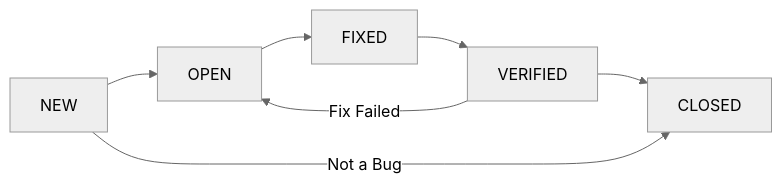
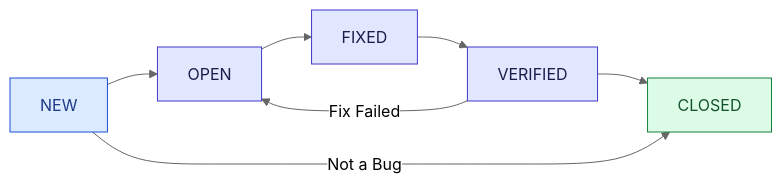
Before and after one commit to ghanendra-sdet/manual-testing-playbook: the sixth of 8 diagrams in Part_07_Defect_Bug_Life_Cycle.md, drawn with Mermaid (neutral theme). The commit also changed other lines of this file and 15 other files, not shown here.

Commit message:
Fix broken routes and anchors; update OWASP 2025, ISTQB v4.0, WCAG 2.2, Jira/Zephyr naming and pricing; style diagrams

````diff
--- a/Part_07_Defect_Bug_Life_Cycle.md
+++ b/Part_07_Defect_Bug_Life_Cycle.md
@@ -815,9 +826,18 @@
 ```mermaid
 flowchart LR
     A["NEW"] --> B["OPEN"]
     B --> C["FIXED"]
     C --> D["VERIFIED"]
     D --> E["CLOSED"]
     D -->|Fix Failed| B
     A -->|Not a Bug| E
+
+    classDef start fill:#dbeafe,stroke:#1d4ed8,color:#1e3a8a
+    classDef step fill:#e0e7ff,stroke:#4338ca,color:#1e1b4b
+    classDef decision fill:#fef3c7,stroke:#b45309,color:#78350f
+    classDef good fill:#dcfce7,stroke:#15803d,color:#14532d
+    classDef bad fill:#fee2e2,stroke:#b91c1c,color:#7f1d1d
+    class A start
+    class B,C,D step
+    class E good
 ```
````
